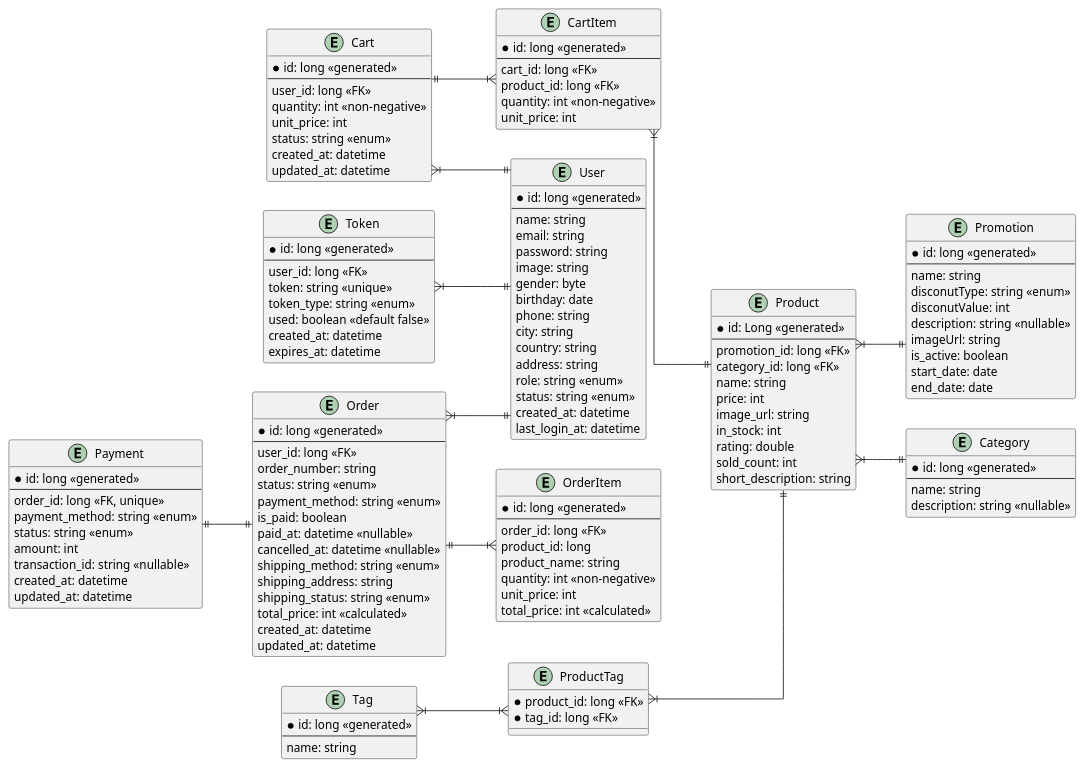
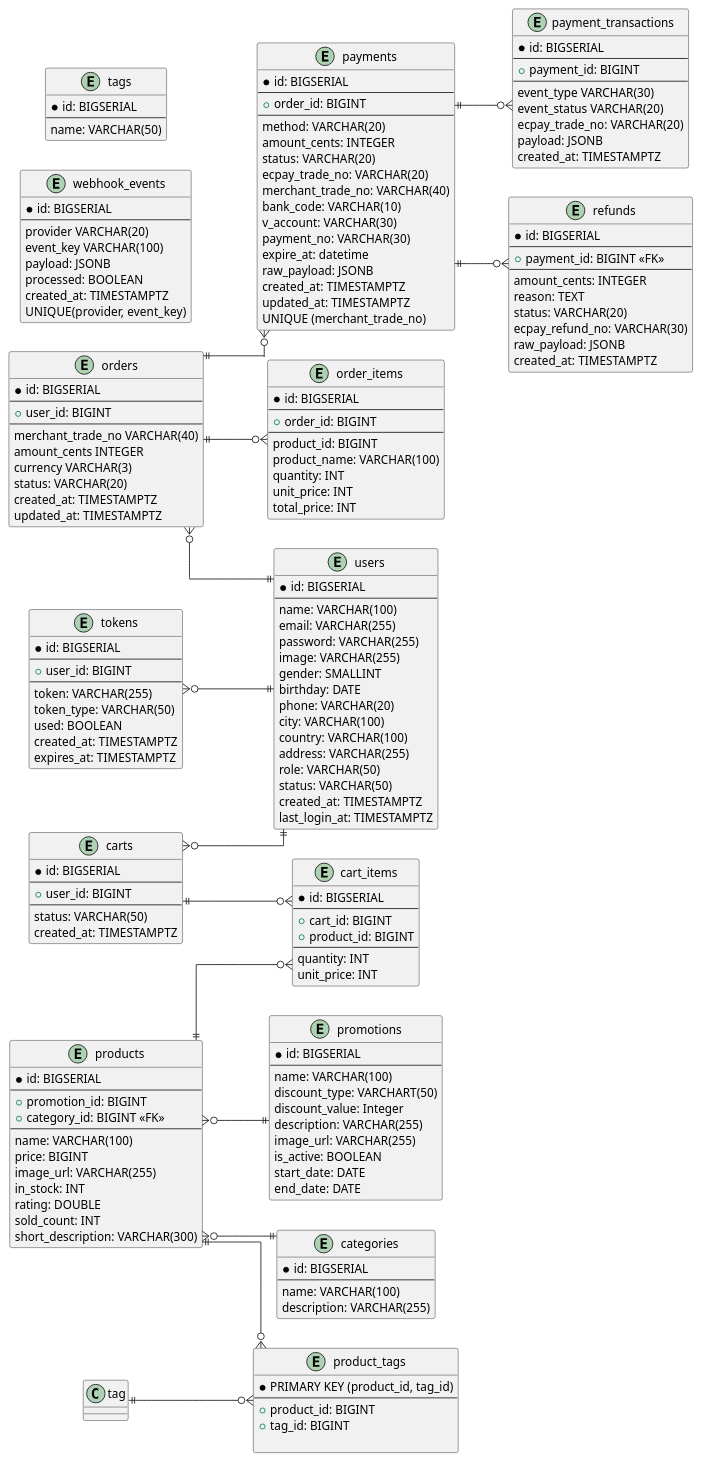
Before and after one commit to honeykokia/ecommerce-docs: the diagram in docs/er-diagram.puml, drawn with PlantUML.

Commit message:
docs: er-diagram refactor association and field type - reorganize entity field types - update orders entity fields to align with ECPay API integration - add payments, payment_transactions, refunds, and webhook_events entities for payment gateway integration

```diff
--- a/docs/er-diagram.puml
+++ b/docs/er-diagram.puml
@@ -4,160 +4,289 @@
 
 left to right direction
 
-entity "User" as User {
-    *id: long <<generated>>
+entity "users" as users {
+    *id: BIGSERIAL
+    'PRIMARY KEY
     ---
-    name: string
-    email: string
-    password: string
-    image: string
-    gender: byte
-    birthday: date
-    phone: string
-    city: string
-    country: string
-    address: string
-    role: string <<enum>>
-    'guest, member, admin
-    status: string <<enum>>
-    'ACTIVE, INACTIVE, BANNED
-    created_at: datetime
-    last_login_at: datetime
+    name: VARCHAR(100)
+    'NOT NULL
+    email: VARCHAR(255)
+    'NOT NULL, UNIQUE
+    password: VARCHAR(255)
+    'NOT NULL
+    image: VARCHAR(255)
+    gender: SMALLINT
+    birthday: DATE
+    phone: VARCHAR(20)
+    city: VARCHAR(100)
+    country: VARCHAR(100)
+    address: VARCHAR(255)
+    role: VARCHAR(50)
+    'guest, member, admin / NOT NULL
+    status: VARCHAR(50)
+    'ACTIVE, INACTIVE, BANNED / NOT NULL
+    created_at: TIMESTAMPTZ
+    'NOT NULL, DEFAULT now()
+    last_login_at: TIMESTAMPTZ
+    'NOT NULL
 }
 
-entity "Product" as Product {
-    *id: Long <<generated>>
+entity "promotions" as promotions {
+    *id: BIGSERIAL
+    'PRIMARY KEY
     ---
-    promotion_id: long <<FK>>
-    category_id: long <<FK>>
-    name: string
-    price: int
-    image_url: string
-    in_stock: int
-    rating: double
-    sold_count: int
-    short_description: string
-}
-entity "CartItem" as CartItem {
-    *id: long <<generated>>
-    ---
-    cart_id: long <<FK>>
-    product_id: long <<FK>>
-    quantity: int <<non-negative>>
-    unit_price: int
+    name: VARCHAR(100)
+    'NOT NULL
+    discount_type: VARCHART(50)
+    'PERCENTAGE, FIXED_AMOUNT / NOT NULL
+    discount_value: Integer
+    'NOT NULL
+    description: VARCHAR(255)
+    image_url: VARCHAR(255)
+    is_active: BOOLEAN
+    'NOT NULL
+    start_date: DATE
+    'NOT NULL
+    end_date: DATE
+    'NOT NULL
 }
 
-entity "Cart" as Cart {
-    *id: long <<generated>>
+entity "categories" as categories {
+    *id: BIGSERIAL
+    'PRIMARY KEY
     ---
-    user_id: long <<FK>>
-    quantity: int <<non-negative>>
-    unit_price: int
-    status: string <<enum>>
-    'ACTIVE, CHECKED_OUT, ABANDONED
-    created_at: datetime
-    updated_at: datetime
+    name: VARCHAR(100)
+    'NOT NULL
+    description: VARCHAR(255)
 }
 
-entity "Order" as Order {
-    *id: long <<generated>>
+
+entity "products" as products {
+    *id: BIGSERIAL
+    'PRIMARY KEY
     ---
-    user_id: long <<FK>>
-    order_number: string
-    status: string <<enum>>
-    'PENDING, PAID, CANCELLED, SHIPPED, COMPLETED
-    payment_method: string <<enum>> 
-    'CREDIT_CARD, PAYPAL
-    is_paid: boolean
-    paid_at: datetime <<nullable>>
-    cancelled_at: datetime <<nullable>>
-    shipping_method: string <<enum>>
-    'STANDARD, EXPRESS
-    shipping_address: string
-    shipping_status: string <<enum>>
-    'PENDING, IN_TRANSIT, DELIVERED
-    total_price: int <<calculated>>
-    created_at: datetime
-    updated_at: datetime
+    +promotion_id: BIGINT
+    'REFERENCES promotions (id) ON DELETE SET NULL
+    +category_id: BIGINT <<FK>>
+    'REFERENCES categories (id) ON DELETE SET NULL
+    ---
+    name: VARCHAR(100)
+    'NOT NULL
+    price: BIGINT
+    'NOT NULL
+    image_url: VARCHAR(255)
+    in_stock: INT
+    'NOT NULL, DEFAULT 0
+    rating: DOUBLE
+    'PRECISION
+    sold_count: INT
+    short_description: VARCHAR(300)
 }
 
-entity "OrderItem" as OrderItem{
-    *id: long <<generated>>
+entity "carts" as carts {
+    *id: BIGSERIAL
+    'PRIMARY KEY
     ---
-    order_id: long <<FK>>
-    product_id: long
-    product_name: string
-    quantity: int <<non-negative>>
-    unit_price: int
-    total_price: int <<calculated>>
+    +user_id: BIGINT
+    'REFERENCES users(id) ON DELETE CASCADE / NOT NULL
+    ---
+    status: VARCHAR(50)
+    'ACTIVE, CHECKED_OUT, ABANDONED / NOT NULL
+    created_at: TIMESTAMPTZ 
+    'NOT NULL, DEFAULT now()
 }
 
-entity "Promotion" as Promotion {
-    *id: long <<generated>>
+entity "orders" as orders{
+    *id: BIGSERIAL
+    'PRIMARY KEY
     ---
-    name: string
-    disconutType: string <<enum>>
-    'PERCENTAGE, FIXED_AMOUNT
-    disconutValue: int
-    description: string <<nullable>>
-    imageUrl: string
-    is_active: boolean
-    start_date: date
-    end_date: date
+    +user_id: BIGINT
+    'REFERENCES users(id) / NOT NULL
+    ---
+    merchant_trade_no VARCHAR(40)
+    '你的商店訂單編號（給 ECPay 的 MerchantTradeNo） / UNIQUE, NOT NULL
+    amount_cents INTEGER
+    '以「分」存 NTD，避免浮點 / NOT NULL
+    currency VARCHAR(3)
+    'NOT NULL, DEFAULT 'TWD'
+    status: VARCHAR(20)
+    'PENDING, PAID, CANCELED, EXPIRED, REFUNDING / NOT NULL
+    created_at: TIMESTAMPTZ
+    'NOT NULL, DEFAULT now()
+    updated_at: TIMESTAMPTZ
+    'NOT NULL, DEFAULT now()
 }
 
-entity "Payment" as Payment {
-    *id: long <<generated>>
+entity "payments" as payments {
+    *id: BIGSERIAL
+    'PRIMARY KEY
     ---
-    order_id: long <<FK, unique>>
-    payment_method: string <<enum>> 
-    'CREDIT_CARD, PAYPAL, BANK_TRANSFER
-    status: string <<enum>>
-    'PENDING, COMPLETED, FAILED
-    amount: int 
-    transaction_id: string <<nullable>>
-    created_at: datetime
-    updated_at: datetime
+    +order_id: BIGINT
+    'REFERENCES orders(id) ON DELETE CASCADE / NOT NULL
+    ---
+    method: VARCHAR(20)
+    'CREDIT, ATM, CVS / NOT NULL
+    amount_cents: INTEGER
+    'NOT NULL
+    status: VARCHAR(20)
+    'INIT, WAITING, SUCCESS, FAIL, EXPIRED / NOT NULL
+    ecpay_trade_no: VARCHAR(20)
+    '綠界回傳 TradeNo
+    merchant_trade_no: VARCHAR(40)
+    '再存一份方便查 / NOT NULL
+    bank_code: VARCHAR(10)
+    'ATM專用
+    v_account: VARCHAR(30)
+    'ATM專用
+    payment_no: VARCHAR(30)
+    'CVS專用
+    expire_at: datetime
+    'ATM/CVS 繳款期限
+    raw_payload: JSONB
+    '最近一次對應的原始payload
+    created_at: TIMESTAMPTZ
+    'NOT NULL, DEFAULT: now()
+    updated_at: TIMESTAMPTZ
+    'NOT NULL, DEFAULT: now()
+    UNIQUE (merchant_trade_no)
 }
 
-entity "Category" as Category {
-    *id: long <<generated>>
+entity "payment_transactions" as payment_transactions {
+    *id: BIGSERIAL
+    'PRIMARY KEY
     ---
-    name: string
-    description: string <<nullable>>
+    +payment_id: BIGINT
+    'REFERENCES payment(id) ON DELETE CASCADE / NOT NULL
+    ---
+    event_type VARCHAR(30)
+    'REQUEST, NOTIFY, QUERY, REFUND, CLOSE / NOT NULL
+    event_status VARCHAR(20)
+    'SUCCESS , FAIL / NOT NULL
+    ecpay_trade_no: VARCHAR(20)
+    payload: JSONB
+    '完整請求或回應 / NOT NULL
+    created_at: TIMESTAMPTZ
+    'NOT NULL
 }
 
-entity "Tag" as Tag{
-    *id: long <<generated>>
+entity "refunds" as refunds {
+    *id: BIGSERIAL
+    'PRIMARY KEY
     ---
-    name: string
-}
-entity "ProductTag" as ProductTag {
-    *product_id: long <<FK>>
-    *tag_id: long <<FK>>
+    +payment_id: BIGINT <<FK>>
+    'REFERENCES payments(id) ON DELETE CASCADE / NOT NULL
+    ---
+    amount_cents: INTEGER
+    'NOT NULL
+    reason: TEXT
+    status: VARCHAR(20)
+    'REQUESTED, PROCESSING, SUCCESS, FAIL / NOT NULL
+    ecpay_refund_no: VARCHAR(30)
+    raw_payload: JSONB
+    created_at: TIMESTAMPTZ
+    'NOT NULL, DEFAULT: now()
 }
 
-entity "Token" as Token {
-    *id: long <<generated>>
+entity "webhook_events" as webhook_events {
+    *id: BIGSERIAL
+    'PRIMARY KEY
     ---
-    user_id: long <<FK>>
-    token: string <<unique>>
-    token_type: string <<enum>>
-    'forgetPassword, emailVerification
-    used: boolean <<default false>>
-    created_at: datetime
-    expires_at: datetime
+    provider VARCHAR(20)
+    'ECPAY / NOT NULL
+    event_key VARCHAR(100)
+    '例如 TradeNo 或 TradeNo+RtnCode+guts / NOT NULL
+    payload: JSONB
+    'NOT NULL
+    processed: BOOLEAN
+    'NOT NULL, DEFAULT false
+    created_at: TIMESTAMPTZ
+    'NOT NULL, DEFAULT now()
+    UNIQUE(provider, event_key)
 }
 
-Tag }|--|{ ProductTag
-ProductTag }|--|| Product
-Cart }|--|| User
-Cart ||--|{ CartItem
-CartItem }|--|| Product
-Order }|--|| User
-Order ||--|{ OrderItem
-Product }|--|| Promotion
-Product }|--|| Category
-Payment ||--|| Order
-Token }|--|| User
+entity "order_items" as order_items{
+    *id: BIGSERIAL
+    'PRIMARY KEY
+    ---
+    +order_id: BIGINT
+    'REFERENCES orders(id) ON DELETE CASCADE / NOT NULL
+    ---
+    product_id: BIGINT
+    'NOT NULL
+    product_name: VARCHAR(100)
+    'NOT NULL
+    quantity: INT
+    'CHECK (quantity > 0), NOT NULL
+    unit_price: INT
+    'CHECK (unit_price >= 0), NOT NULL
+    total_price: INT
+    'NOT NULL
+}
+
+entity "cart_items" as cart_items {
+    *id: BIGSERIAL
+    'PRIMARY KEY
+    ---
+    +cart_id: BIGINT
+    'REFERENCES carts(id) ON DELETE CASCADE / NOT NULL
+    +product_id: BIGINT
+    'REFERENCES products(id) ON DELETE CASCADE / NOT NULL
+    ---
+    quantity: INT
+    'NOT NULL, CHECK (quantity > 0) DEFAULT 1
+    unit_price: INT
+    'NOT NULL, CHECK (unit_price >= 0)
+}
+
+
+entity "tags" as tags{
+    *id: BIGSERIAL
+    'PRIMARY KEY
+    ---
+    name: VARCHAR(50)
+    'NOT NULL
+}
+entity "product_tags" as product_tags {
+    *PRIMARY KEY (product_id, tag_id)
+    ---
+    +product_id: BIGINT
+    'REFERENCES products(id) ON DELETE CASCADE / NOT NULL
+    +tag_id: BIGINT
+    'REFERENCES tags(id) ON DELETE CASCADE / NOT NULL
+
+}
+
+entity "tokens" as tokens {
+    *id: BIGSERIAL
+    'PRIMARY KEY
+    ---
+    +user_id: BIGINT
+    'REFERENCES users(id) ON DELETE CASCADE / NOT NULL
+    ---
+    token: VARCHAR(255)
+    'NOT NULL
+    token_type: VARCHAR(50)
+    'forgetPassword, emailVerification / NOT NULL
+    used: BOOLEAN
+    'NOT NULL, DEFAULT: false
+    created_at: TIMESTAMPTZ
+    'NOT NULL, DEFAULT: now()
+    expires_at: TIMESTAMPTZ
+    'NOT NULL
+}
+
+tag ||--o{ product_tags
+products ||--o{ product_tags
+carts }o--|| users
+carts ||--o{ cart_items
+products ||--o{ cart_items
+orders }o--|| users
+orders ||--o{ order_items
+orders ||--o{ payments
+products }o--|| promotions
+products }o--|| categories
+payments ||--o{ payment_transactions
+payments ||--o{ refunds
+tokens }o--|| users
+
 @enduml
```
